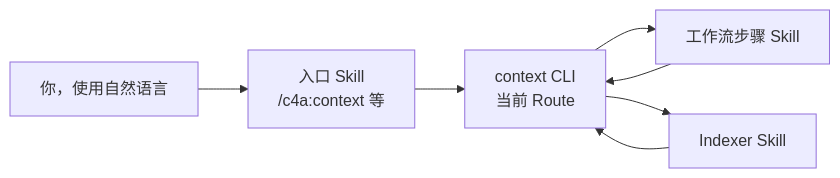
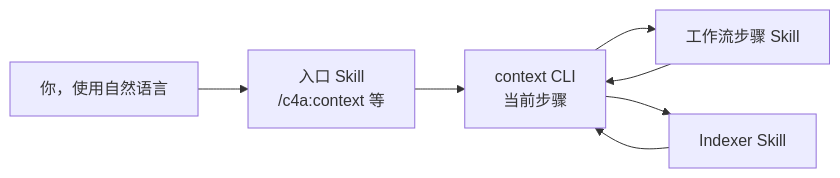
The diagram in translations/zh-CN/product/getting-started/commands-and-skills.md (context4ai/portal), drawn with Mermaid before and after one commit. The commit also changed other lines of this file and 129 other files, not shown here.

````diff
--- a/translations/zh-CN/product/getting-started/commands-and-skills.md
+++ b/translations/zh-CN/product/getting-started/commands-and-skills.md
@@ -16,9 +16,9 @@
 ```mermaid
 flowchart LR
   you["你，使用自然语言"] --> entry["入口 Skill<br/>/c4a:context 等"]
-  entry --> cli["context CLI<br/>当前 Route"]
+  entry --> cli["context CLI<br/>当前步骤"]
   cli --> step["工作流步骤 Skill"]
   cli --> idx["Indexer Skill"]
   step --> cli
   idx --> cli
 ```
````
